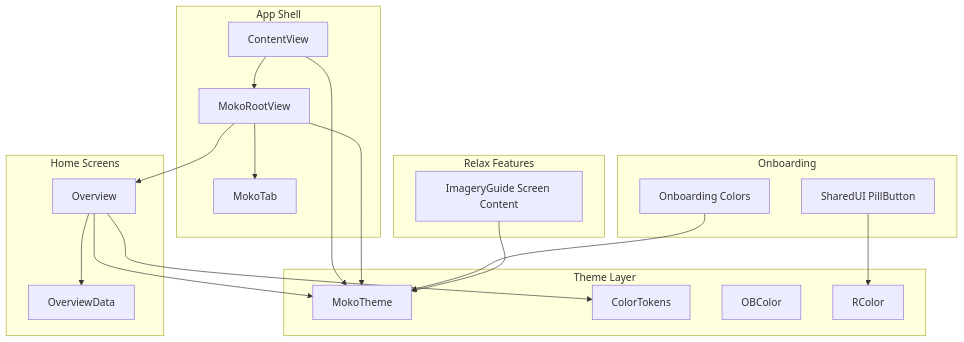
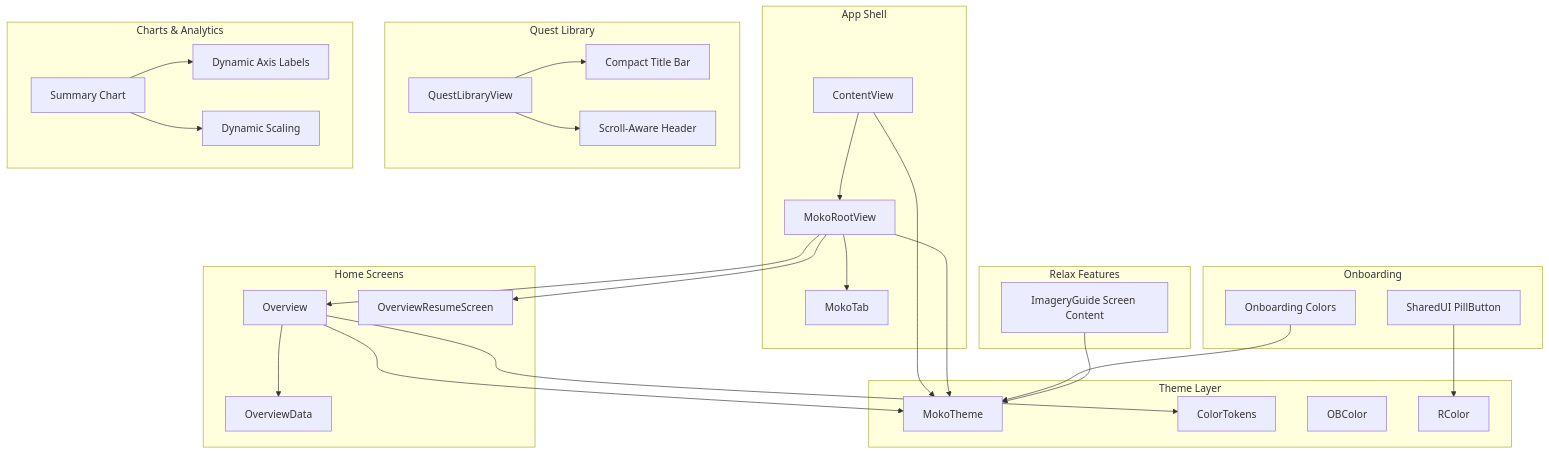
Before and after one commit to Moko-Your-Social-Capy/Moko---iOS-Native-App-: the first of 11 diagrams in .qoder/repowiki/en/content/UI Design System/UI Design System.md, drawn with Mermaid. The commit also changed other lines of this file and 101 other files, not shown here.

````diff
--- a/.qoder/repowiki/en/content/UI Design System/UI Design System.md
+++ b/.qoder/repowiki/en/content/UI Design System/UI Design System.md
@@ -41,36 +53,52 @@
 ```mermaid
 graph TB
 subgraph "App Shell"
 ContentView["ContentView"]
 MokoRootView["MokoRootView"]
 MokoTab["MokoTab"]
 end
 subgraph "Theme Layer"
 MokoTheme["MokoTheme"]
 ColorTokens["ColorTokens"]
 OBColor["OBColor"]
 RColor["RColor"]
 end
 subgraph "Home Screens"
 Overview["Overview"]
+OverviewResume["OverviewResumeScreen"]
 OverviewData["OverviewData"]
+end
+subgraph "Quest Library"
+QuestLibrary["QuestLibraryView"]
+CompactHeader["Compact Title Bar"]
+ScrollAware["Scroll-Aware Header"]
+end
+subgraph "Charts & Analytics"
+SummaryChart["Summary Chart"]
+AxisLabeling["Dynamic Axis Labels"]
+DynamicScaling["Dynamic Scaling"]
 end
 subgraph "Onboarding"
 OnboardingColors["Onboarding Colors"]
 SharedUI["SharedUI PillButton"]
 end
 subgraph "Relax Features"
 ImageryGuide["ImageryGuide Screen Content"]
 end
 ContentView --> MokoRootView
 MokoRootView --> MokoTab
 MokoRootView --> Overview
+MokoRootView --> OverviewResume
 Overview --> OverviewData
+QuestLibrary --> CompactHeader
+QuestLibrary --> ScrollAware
+SummaryChart --> AxisLabeling
+SummaryChart --> DynamicScaling
 ContentView --> MokoTheme
 MokoRootView --> MokoTheme
 Overview --> MokoTheme
 Overview --> ColorTokens
 OnboardingColors --> MokoTheme
 SharedUI --> RColor
 ImageryGuide --> MokoTheme
 ```
````
